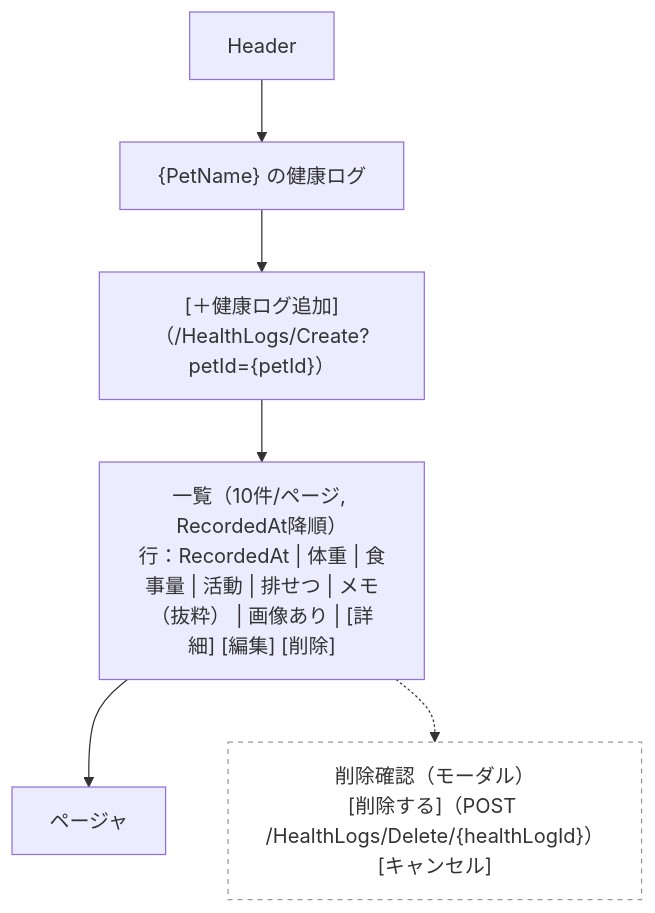
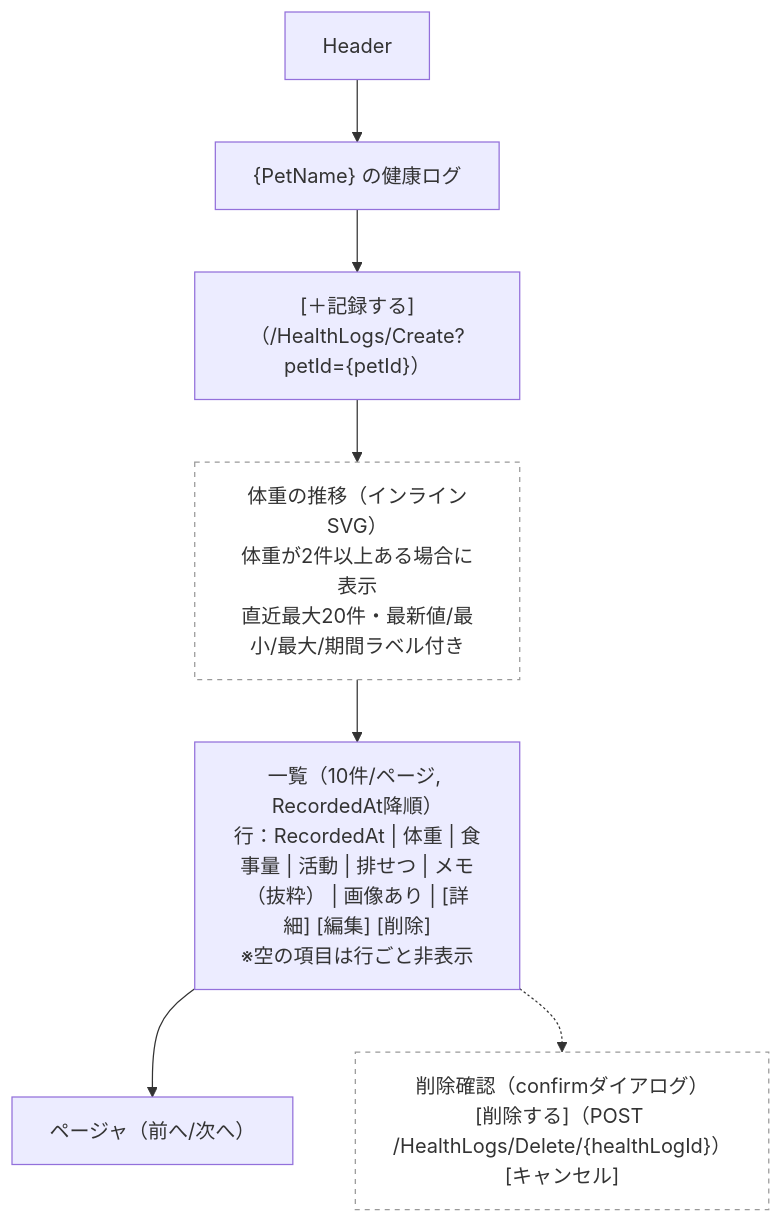
One commit to Cat5Dog2/PetHealthManagement changed diagram 11 of 24 in docs/ui-wireframe.md. Above: the diagram before and after it, drawn with Mermaid. The commit also changed other lines of this file and 41 other files, not shown here.

````diff
--- a/docs/ui-wireframe.md
+++ b/docs/ui-wireframe.md
@@ -185,14 +197,15 @@
 ```mermaid
 flowchart TB
   Header["Header"]
   Title["{PetName} の健康ログ"]
-  Actions["[＋健康ログ追加]（/HealthLogs/Create?petId={petId}）"]
-  List["一覧（10件/ページ, RecordedAt降順）<br/>行：RecordedAt | 体重 | 食事量 | 活動 | 排せつ | メモ（抜粋） | 画像あり | [詳細] [編集] [削除]"]
-  Pager["ページャ"]
-  DeleteConfirm["削除確認（モーダル）<br/>[削除する]（POST /HealthLogs/Delete/{healthLogId}）<br/>[キャンセル]"]:::note
+  Actions["[＋記録する]（/HealthLogs/Create?petId={petId}）"]
+  Chart["体重の推移（インラインSVG）<br/>体重が2件以上ある場合に表示<br/>直近最大20件・最新値/最小/最大/期間ラベル付き"]:::note
+  List["一覧（10件/ページ, RecordedAt降順）<br/>行：RecordedAt | 体重 | 食事量 | 活動 | 排せつ | メモ（抜粋） | 画像あり | [詳細] [編集] [削除]<br/>※空の項目は行ごと非表示"]
+  Pager["ページャ（前へ/次へ）"]
+  DeleteConfirm["削除確認（confirmダイアログ）<br/>[削除する]（POST /HealthLogs/Delete/{healthLogId}）<br/>[キャンセル]"]:::note
 
-  Header --> Title --> Actions --> List --> Pager
+  Header --> Title --> Actions --> Chart --> List --> Pager
   List -.-> DeleteConfirm
 
   classDef note fill:#fff,stroke:#999,stroke-dasharray: 4 4,color:#333;
 ```
````
